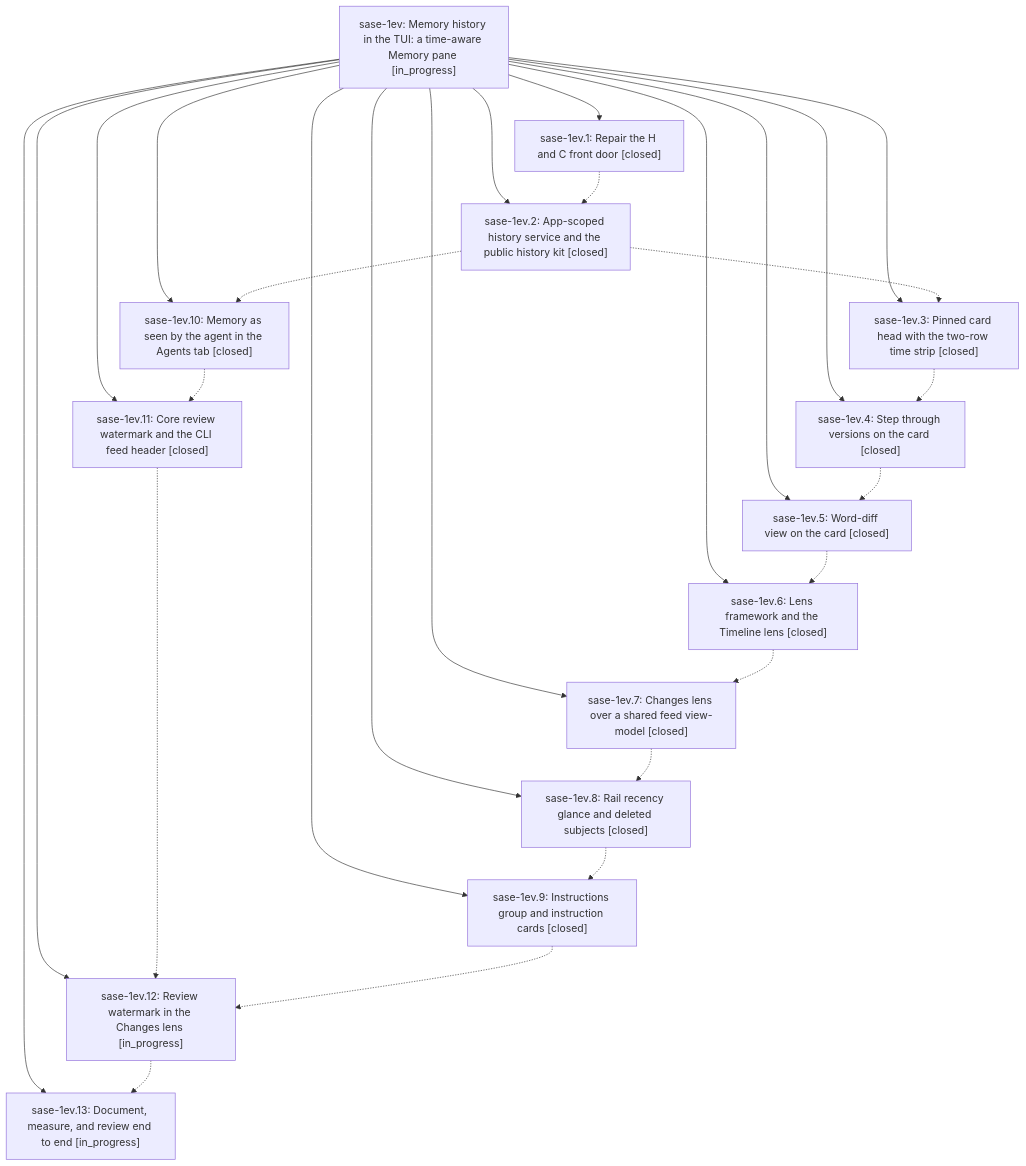
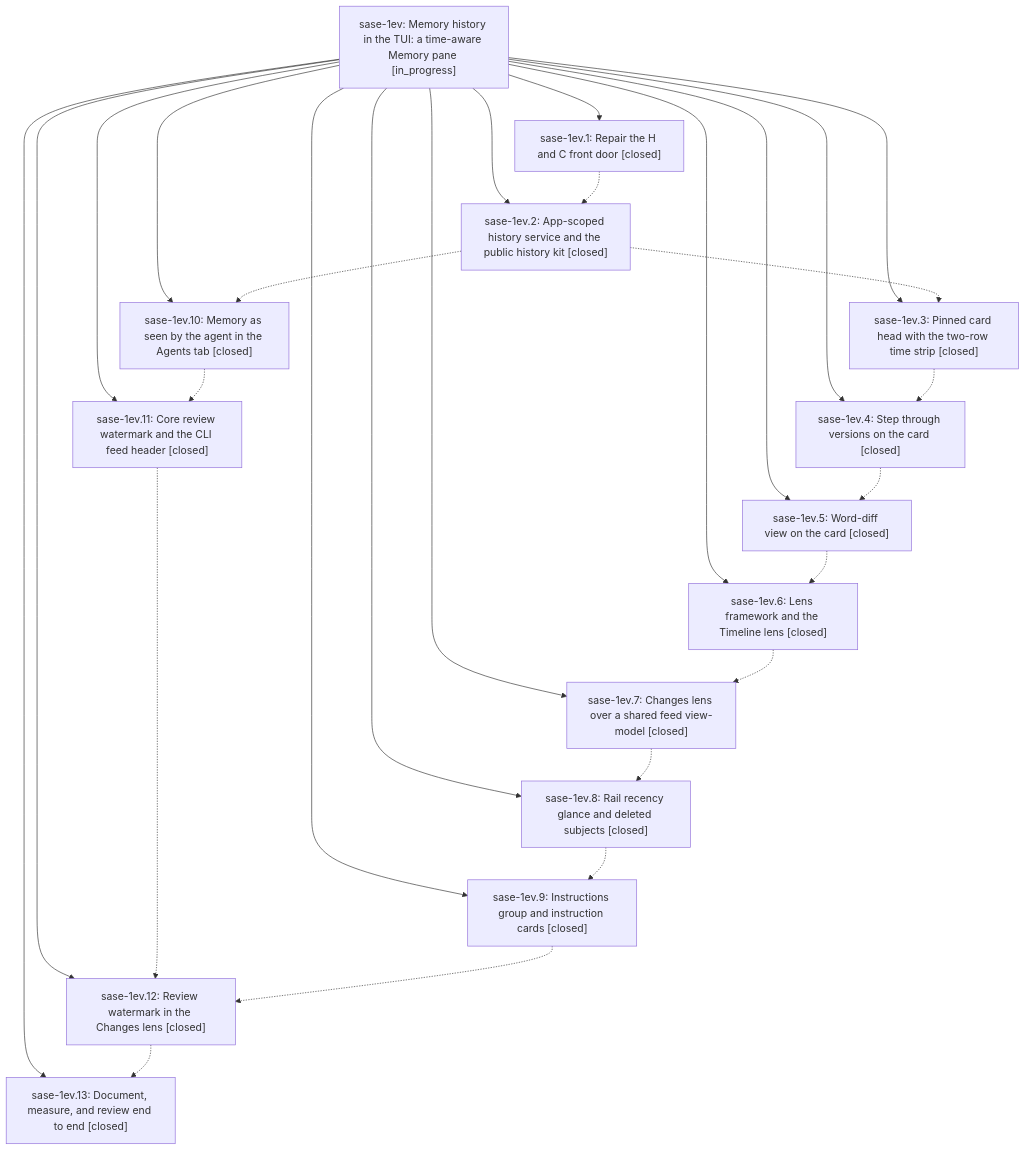
Before and after one commit to sase-org/sase--beads: the diagram in pages/sase-1ev/README.md, drawn with Mermaid. The commit also changed other lines of this file and 4 other files, not shown here.

````diff
--- a/pages/sase-1ev/README.md
+++ b/pages/sase-1ev/README.md
@@ -34,43 +34,43 @@
 ```mermaid
 flowchart TD
     n0["sase-1ev: Memory history in the TUI: a time-aware Memory pane [in_progress]"]
     n1["sase-1ev.1: Repair the H and C front door [closed]"]
     n2["sase-1ev.10: Memory as seen by the agent in the Agents tab [closed]"]
     n3["sase-1ev.11: Core review watermark and the CLI feed header [closed]"]
-    n4["sase-1ev.12: Review watermark in the Changes lens [in_progress]"]
-    n5["sase-1ev.13: Document, measure, and review end to end [in_progress]"]
+    n4["sase-1ev.12: Review watermark in the Changes lens [closed]"]
+    n5["sase-1ev.13: Document, measure, and review end to end [closed]"]
     n6["sase-1ev.2: App-scoped history service and the public history kit [closed]"]
     n7["sase-1ev.3: Pinned card head with the two-row time strip [closed]"]
     n8["sase-1ev.4: Step through versions on the card [closed]"]
     n9["sase-1ev.5: Word-diff view on the card [closed]"]
     n10["sase-1ev.6: Lens framework and the Timeline lens [closed]"]
     n11["sase-1ev.7: Changes lens over a shared feed view-model [closed]"]
     n12["sase-1ev.8: Rail recency glance and deleted subjects [closed]"]
     n13["sase-1ev.9: Instructions group and instruction cards [closed]"]
     n0 --> n1
     n0 --> n2
     n0 --> n3
     n0 --> n4
     n0 --> n5
     n0 --> n6
     n0 --> n7
     n0 --> n8
     n0 --> n9
     n0 --> n10
     n0 --> n11
     n0 --> n12
     n0 --> n13
     n1 -.-> n6
     n2 -.-> n3
     n3 -.-> n4
     n4 -.-> n5
     n6 -.-> n2
     n6 -.-> n7
     n7 -.-> n8
     n8 -.-> n9
     n9 -.-> n10
     n10 -.-> n11
     n11 -.-> n12
     n12 -.-> n13
     n13 -.-> n4
 ```
````
